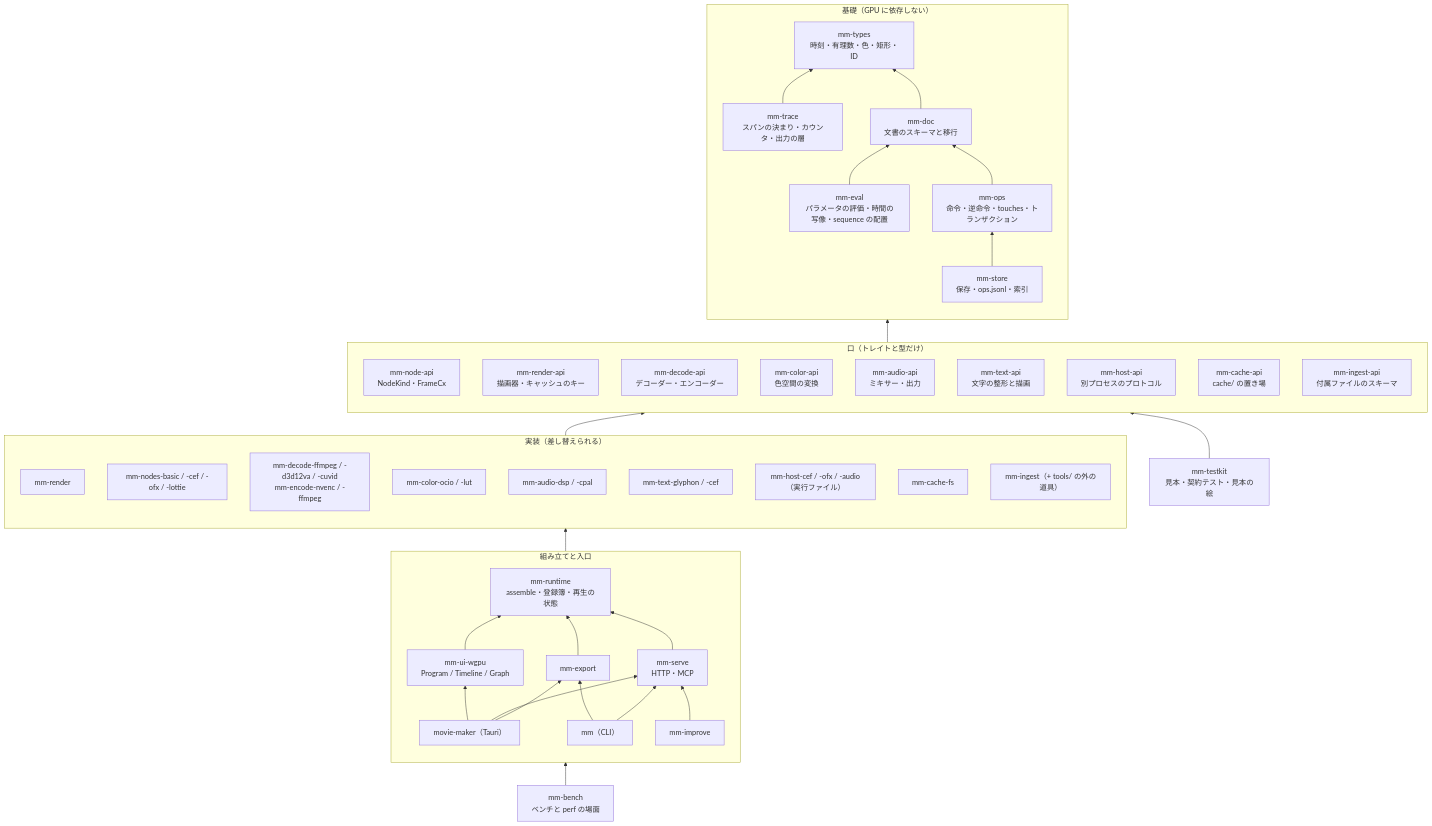
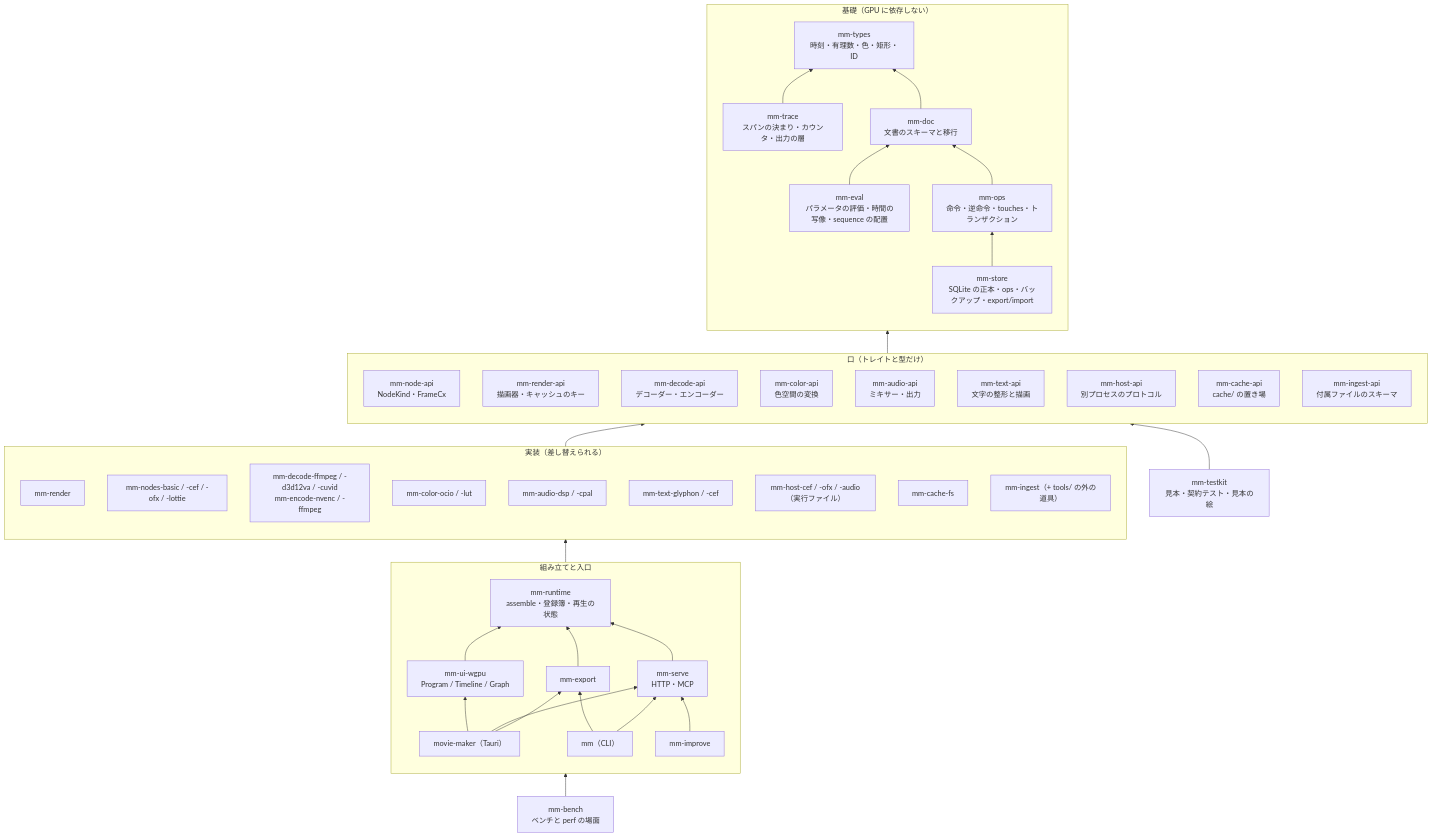
One commit to Durun/claude-marketplace changed the diagram in movie-maker/docs/design/14-dev-structure.md. Above: the diagram before and after it, drawn with Mermaid. The commit also changed other lines of this file and 12 other files, not shown here.

````diff
--- a/movie-maker/docs/design/14-dev-structure.md
+++ b/movie-maker/docs/design/14-dev-structure.md
@@ -7,65 +7,65 @@
 ```mermaid
 flowchart BT
   subgraph BASE[基礎（GPU に依存しない）]
     direction BT
     types[mm-types<br>時刻・有理数・色・矩形・ID]
     doc[mm-doc<br>文書のスキーマと移行]
     eval[mm-eval<br>パラメータの評価・時間の写像・sequence の配置]
     ops[mm-ops<br>命令・逆命令・touches・トランザクション]
-    store[mm-store<br>保存・ops.jsonl・索引]
+    store[mm-store<br>SQLite の正本・ops・バックアップ・export/import]
     trace[mm-trace<br>スパンの決まり・カウンタ・出力の層]
     trace --> types
     doc --> types
     eval --> doc
     ops --> doc
     store --> ops
   end
   subgraph API[口（トレイトと型だけ）]
     direction BT
     node_api[mm-node-api<br>NodeKind・FrameCx]
     render_api[mm-render-api<br>描画器・キャッシュのキー]
     decode_api[mm-decode-api<br>デコーダー・エンコーダー]
     color_api[mm-color-api<br>色空間の変換]
     audio_api[mm-audio-api<br>ミキサー・出力]
     text_api[mm-text-api<br>文字の整形と描画]
     host_api[mm-host-api<br>別プロセスのプロトコル]
     cache_api[mm-cache-api<br>cache/ の置き場]
     ingest_api[mm-ingest-api<br>付属ファイルのスキーマ]
   end
   subgraph IMPL[実装（差し替えられる）]
     direction BT
     render[mm-render]
     nodes[mm-nodes-basic / -cef / -ofx / -lottie]
     decode[mm-decode-ffmpeg / -d3d12va / -cuvid<br>mm-encode-nvenc / -ffmpeg]
     color[mm-color-ocio / -lut]
     audio[mm-audio-dsp / -cpal]
     text[mm-text-glyphon / -cef]
     hosts[mm-host-cef / -ofx / -audio（実行ファイル）]
     cache[mm-cache-fs]
     ingest[mm-ingest（+ tools/ の外の道具）]
   end
   subgraph ASM[組み立てと入口]
     direction BT
     runtime[mm-runtime<br>assemble・登録簿・再生の状態]
     export[mm-export]
     serve[mm-serve<br>HTTP・MCP]
     app[movie-maker（Tauri）]
     cli[mm（CLI）]
     improve[mm-improve]
     uiw[mm-ui-wgpu<br>Program / Timeline / Graph]
     export --> runtime
     serve --> runtime
     uiw --> runtime
     app --> uiw
     app --> serve
     app --> export
     cli --> export
     cli --> serve
     improve --> serve
   end
   API --> BASE
   IMPL --> API
   runtime --> IMPL
   testkit[mm-testkit<br>見本・契約テスト・見本の絵] --> API
   bench[mm-bench<br>ベンチと perf の場面] --> runtime
 ```
````
